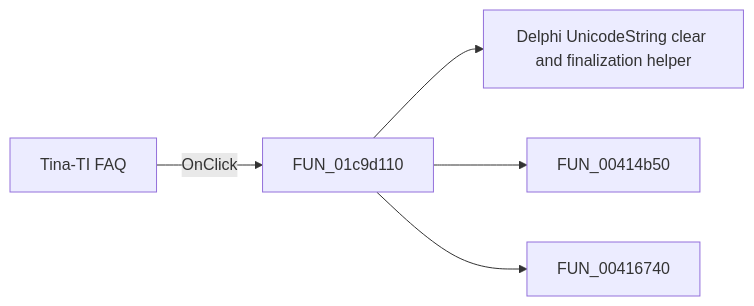
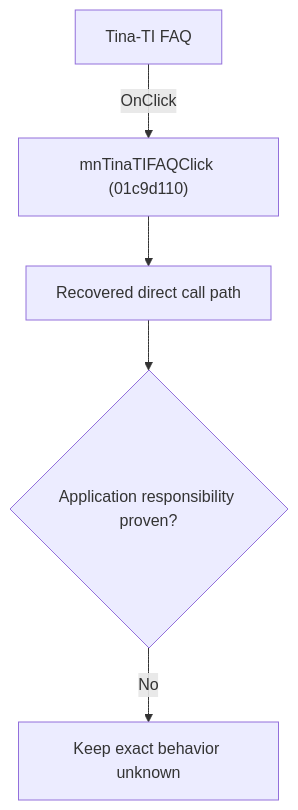
Before and after one commit to MovGP0/TIARA: the diagram in docs/ui-controls/schematiceditor/mntinatifaq-5610136325.md, drawn with Mermaid. The commit also changed other lines of this file and 1062 other files, not shown here.

````diff
--- a/docs/ui-controls/schematiceditor/mntinatifaq-5610136325.md
+++ b/docs/ui-controls/schematiceditor/mntinatifaq-5610136325.md
@@ -27,7 +27,7 @@
 ```mermaid
-flowchart LR
-    control["Tina-TI FAQ"] -->|OnClick| handler["FUN_01c9d110"]
-    handler --> call1["Delphi UnicodeString clear and finalization helper"]
-    handler --> call2["FUN_00414b50"]
-    handler --> call3["FUN_00416740"]
+flowchart TD
+    control["Tina-TI FAQ"] -->|"OnClick"| handler["mnTinaTIFAQClick (01c9d110)"]
+    handler --> recovered["Recovered direct call path"]
+    recovered --> gap{"Application responsibility proven?"}
+    gap -->|"No"| blocked["Keep exact behavior unknown"]
 ```
````
